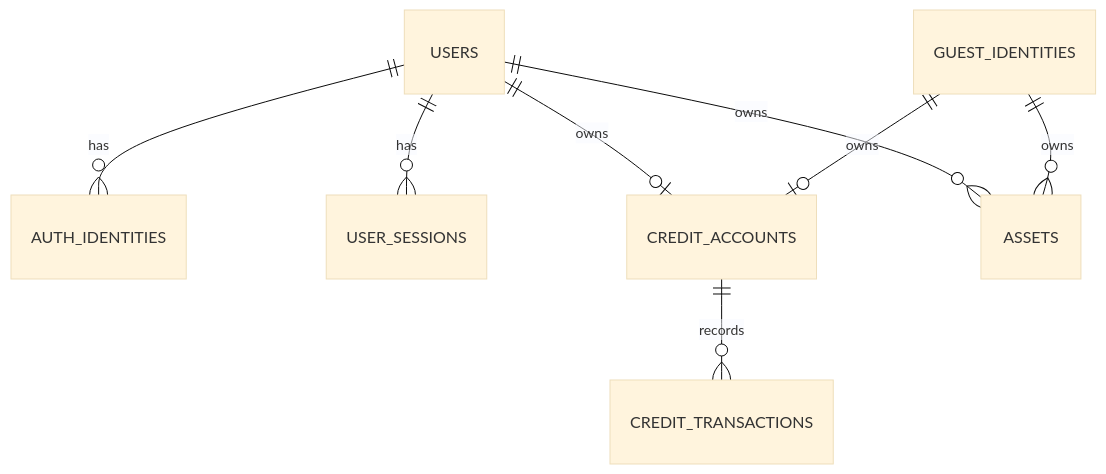
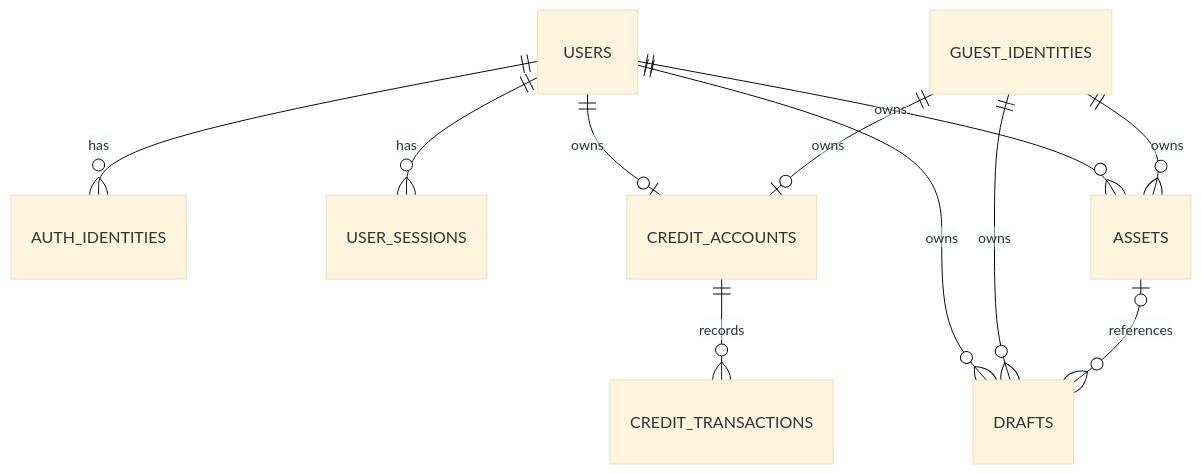
Before and after one commit to QCYTSN/autodraftman-product: the diagram in backend/docs/architecture-v0.1.md, drawn with Mermaid (base theme). The commit also changed other lines of this file and 22 other files, not shown here.

````diff
--- a/backend/docs/architecture-v0.1.md
+++ b/backend/docs/architecture-v0.1.md
@@ -82,10 +91,13 @@
 ```mermaid
 erDiagram
     USERS ||--o{ AUTH_IDENTITIES : has
     USERS ||--o{ USER_SESSIONS : has
     USERS ||--o| CREDIT_ACCOUNTS : owns
     GUEST_IDENTITIES ||--o| CREDIT_ACCOUNTS : owns
     CREDIT_ACCOUNTS ||--o{ CREDIT_TRANSACTIONS : records
     USERS ||--o{ ASSETS : owns
     GUEST_IDENTITIES ||--o{ ASSETS : owns
+    USERS ||--o{ DRAFTS : owns
+    GUEST_IDENTITIES ||--o{ DRAFTS : owns
+    ASSETS o|--o{ DRAFTS : references
 ```
````
